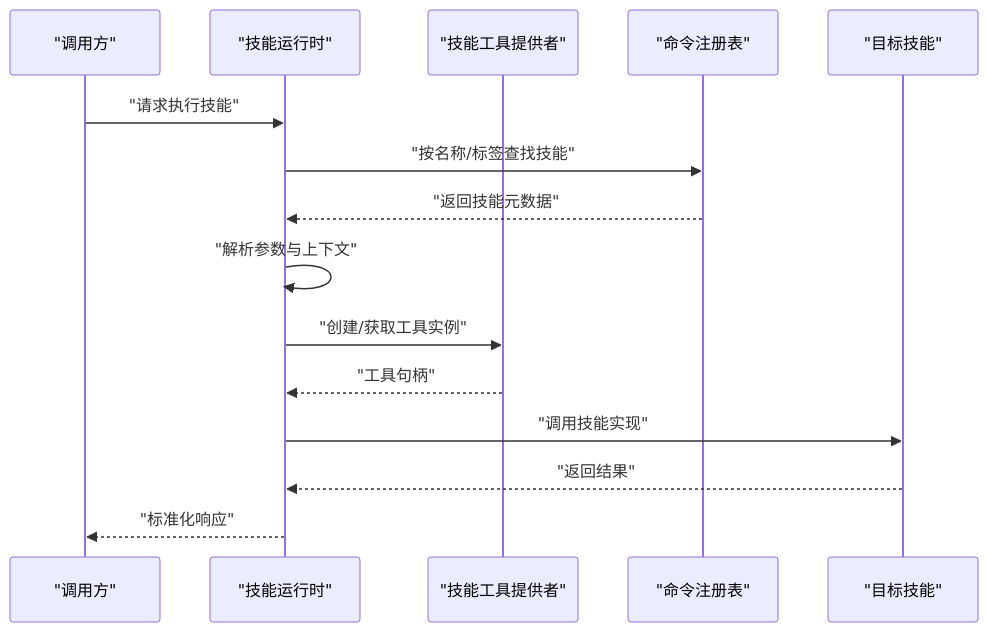
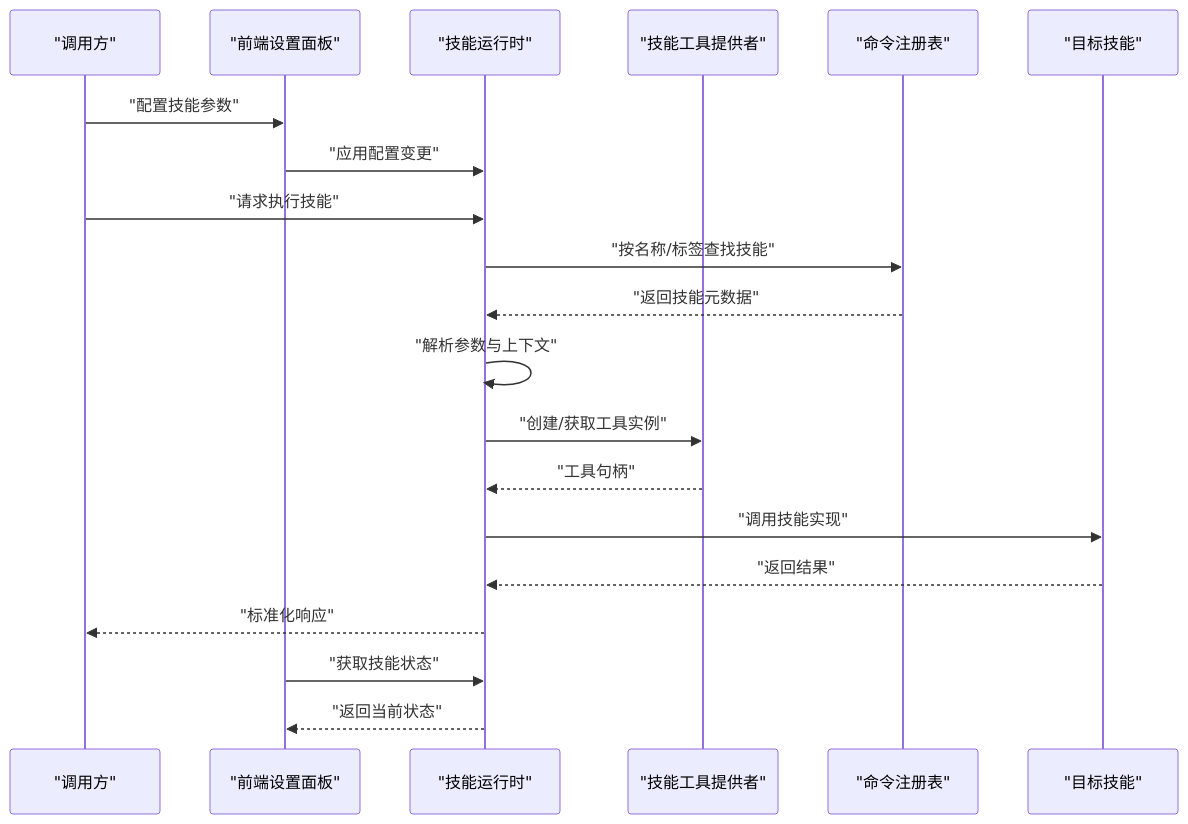
Before and after one commit to kkutysllb/KCoder: the second of 5 diagrams in .qoder/repowiki/zh/content/项目概述/核心特性/技能系统/技能系统.md, drawn with Mermaid. The commit also changed other lines of this file and 5 other files, not shown here.

````diff
--- a/.qoder/repowiki/zh/content/项目概述/核心特性/技能系统/技能系统.md
+++ b/.qoder/repowiki/zh/content/项目概述/核心特性/技能系统/技能系统.md
@@ -121,17 +143,22 @@
 ```mermaid
 sequenceDiagram
 participant U as "调用方"
+participant F as "前端设置面板"
 participant R as "技能运行时"
 participant P as "技能工具提供者"
 participant C as "命令注册表"
 participant S as "目标技能"
+U->>F : "配置技能参数"
+F->>R : "应用配置变更"
 U->>R : "请求执行技能"
 R->>C : "按名称/标签查找技能"
 C-->>R : "返回技能元数据"
 R->>R : "解析参数与上下文"
 R->>P : "创建/获取工具实例"
 P-->>R : "工具句柄"
 R->>S : "调用技能实现"
 S-->>R : "返回结果"
 R-->>U : "标准化响应"
+F->>R : "获取技能状态"
+R-->>F : "返回当前状态"
 ```
````
